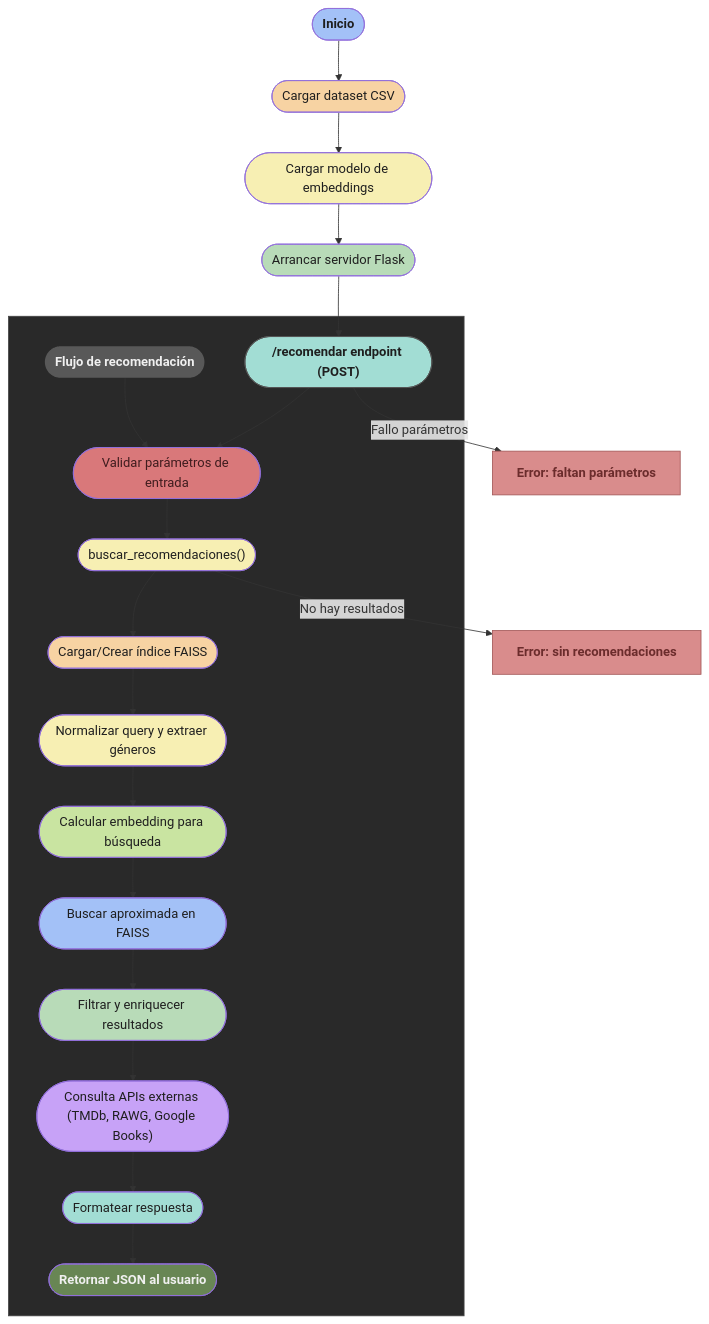
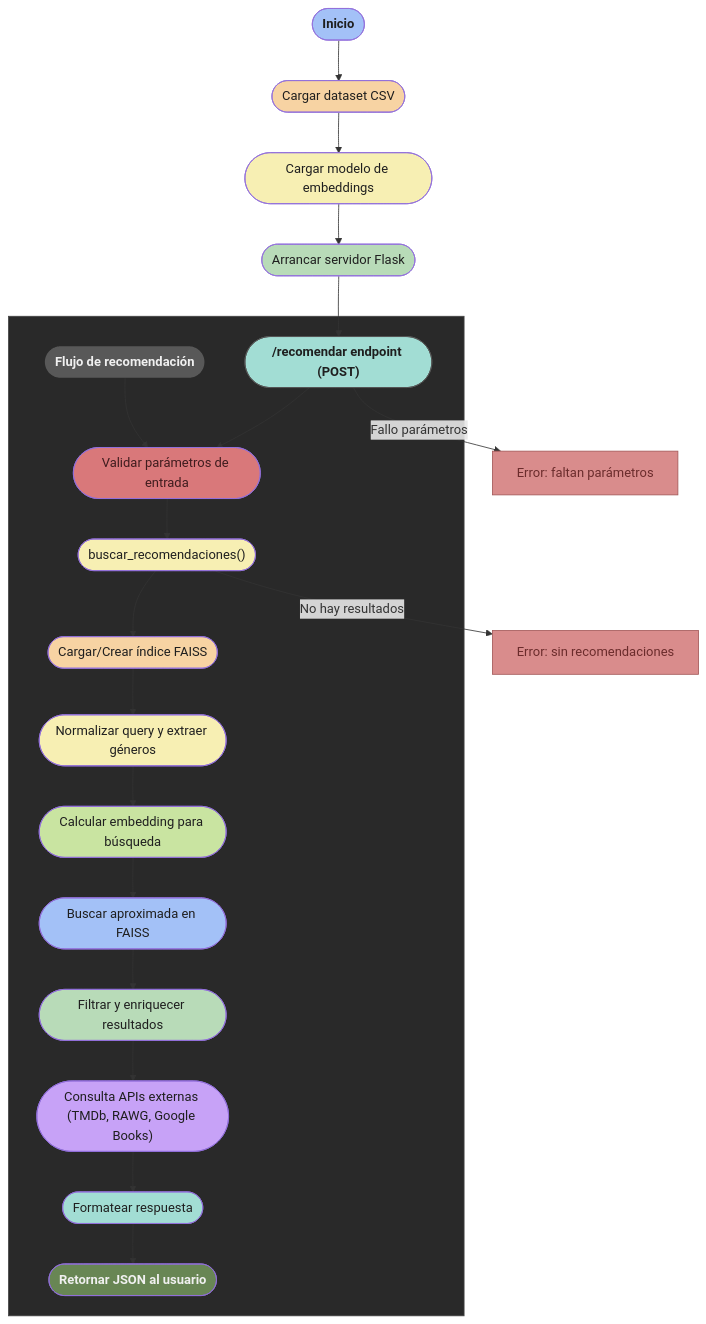
Before and after one commit to GerardoBlazquez/Sistema-de-Recomendaciones-Cruzadas: the diagram in README.md, drawn with Mermaid.

````diff
--- a/README.md
+++ b/README.md
@@ -150,62 +150,62 @@
 ```mermaid
 flowchart TD
     INICIO(["`**Inicio**`"])
     LOAD_DATASET(["Cargar dataset CSV"])
     LOAD_MODEL(["Cargar modelo de embeddings"])
     START_FLASK(["Arrancar servidor Flask"])
     RECOMENDAR_ENDPOINT(["`**/recomendar endpoint (POST)**`"])
 
     INICIO --> LOAD_DATASET
     LOAD_DATASET --> LOAD_MODEL
     LOAD_MODEL --> START_FLASK
     START_FLASK --> RECOMENDAR_ENDPOINT
 
 
   subgraph Flujo_de_recomendacion[" "]
     %% Nodo título
     TITULO(["`**Flujo de recomendación**`"]):::titulo
 
     %% Conexión fantasma para fijar TITULO arriba
     TITULO --> VALIDA_PARAMS
 
     %% Flujo real
     RECOMENDAR_ENDPOINT --> VALIDA_PARAMS(["Validar parámetros de entrada"])
     VALIDA_PARAMS --> BUSCA_RECOMENDACIONES(["buscar_recomendaciones()"])
     BUSCA_RECOMENDACIONES --> DATOS_INDEX(["Cargar/Crear índice FAISS"])
     DATOS_INDEX --> NORMALIZA_QUERY(["Normalizar query y extraer géneros"])
     NORMALIZA_QUERY --> CALC_EMBEDDING(["Calcular embedding para búsqueda"])
     CALC_EMBEDDING --> FAISS_SEARCH(["Buscar aproximada en FAISS"])
     FAISS_SEARCH --> FILTRA_RESULTADOS(["Filtrar y enriquecer resultados"])
     FILTRA_RESULTADOS --> EXTERNAL_API(["Consulta APIs externas (TMDb, RAWG, Google Books)"])
     EXTERNAL_API --> FORMATEA_RESPONSE(["Formatear respuesta"])
     FORMATEA_RESPONSE --> RETURN_JSON(["`**Retornar JSON al usuario**`"])
 end
 
 classDef titulo fill:#585858,color:#f0f0f0,stroke:none;
 classDef error fill:#d98c8c,color:#6b2c2c,stroke:#a25757;
 
-RECOMENDAR_ENDPOINT -->|Fallo parámetros| ERROR_PARAMS["`**Error: faltan parámetros**`"]:::error
-BUSCA_RECOMENDACIONES -->|No hay resultados| ERROR_NO_RESULTS["`**Error: sin recomendaciones**`"]:::error
+RECOMENDAR_ENDPOINT -->|Fallo parámetros| ERROR_PARAMS["Error: faltan parámetros"]:::error
+BUSCA_RECOMENDACIONES -->|No hay resultados| ERROR_NO_RESULTS["Error: sin recomendaciones"]:::error
 
 %% Estilos con colores pastel suavizados
 style INICIO fill:#a3c1f7,color:#1f1f1f
 style LOAD_DATASET fill:#f7d3a3,color:#1f1f1f
 style LOAD_MODEL fill:#f7efb3,color:#1f1f1f
 style START_FLASK fill:#b8dbb8,color:#1f1f1f
 style RECOMENDAR_ENDPOINT fill:#a2ddd4,stroke:#555555,color:#1f1f1f
 
 style VALIDA_PARAMS fill:#d9787a,color:#3f1c1e
 style BUSCA_RECOMENDACIONES fill:#f7efb3,color:#1f1f1f
 style DATOS_INDEX fill:#f7d3a3,color:#1f1f1f
 style NORMALIZA_QUERY fill:#f7efb3,color:#1f1f1f
 style CALC_EMBEDDING fill:#c9e4a1,color:#1f1f1f
 style FAISS_SEARCH fill:#a3c1f7,color:#1f1f1f
 style FILTRA_RESULTADOS fill:#b8dbb8,color:#1f1f1f
 style EXTERNAL_API fill:#c7a2f7,color:#1f1f1f
 style FORMATEA_RESPONSE fill:#a2ddd4,color:#1f1f1f
 style RETURN_JSON fill:#688654,color:#f0f0f0
 
 %% Color del subgrafo
 style Flujo_de_recomendacion fill:#292929,stroke:#444444,color:#dcdcdc
 
 ```
````
